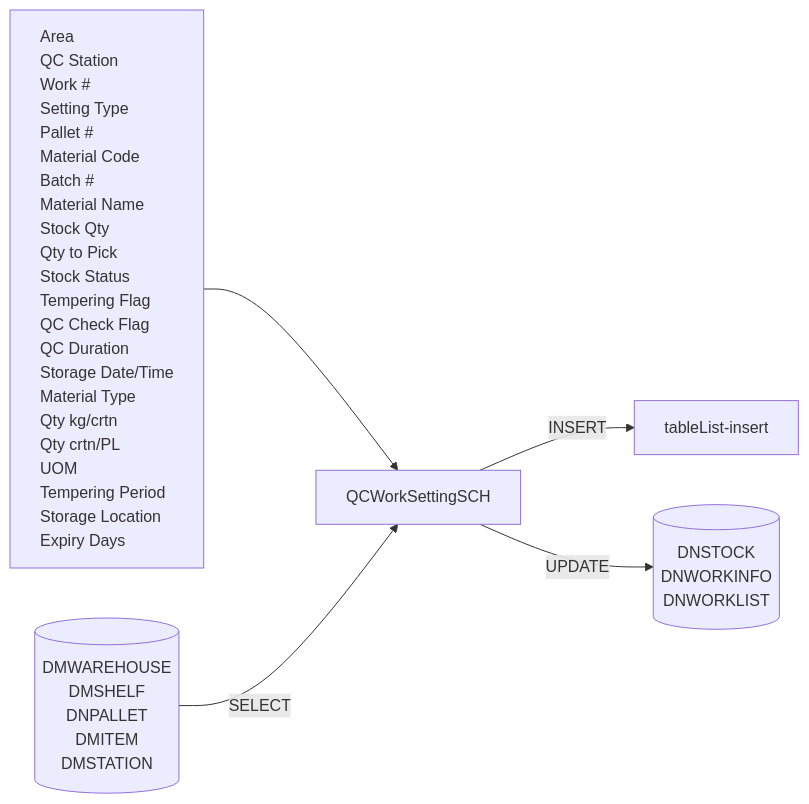
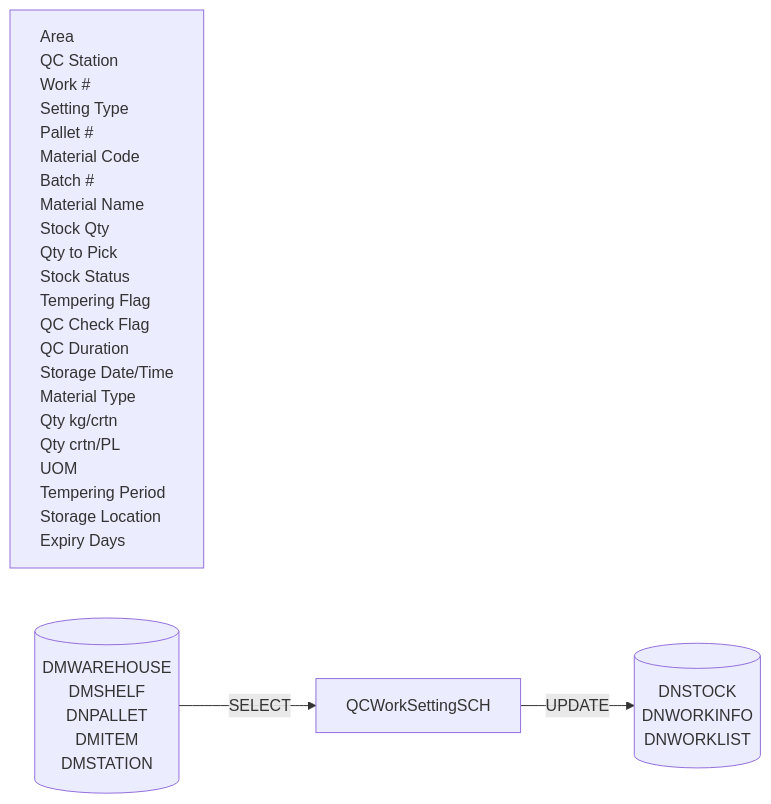
The fifth of 22 diagrams in Basic-Design/DFD-WMS/Retrieval/QC-Setting/QC-Work-from-Retrieval-for-QC-Start.md (luthfiadityaa/SimeDarby-Wiki), drawn with Mermaid before and after one commit.

Commit message:
Updated QC Work from Retrieval for QC Start

```diff
--- a/Basic-Design/DFD-WMS/Retrieval/QC-Setting/QC-Work-from-Retrieval-for-QC-Start.md
+++ b/Basic-Design/DFD-WMS/Retrieval/QC-Setting/QC-Work-from-Retrieval-for-QC-Start.md
@@ -128,50 +128,49 @@
 ::: mermaid
 flowchart LR
     input[
         Area
         QC Station
         Work #
         Setting Type               
         Pallet #
         Material Code
         Batch #
         Material Name
         Stock Qty
         Qty to Pick
         Stock Status
         Tempering Flag
         QC Check Flag
         QC Duration
         Storage Date/Time
         Material Type
         Qty kg/crtn
         Qty crtn/PL
         UOM
         Tempering Period
         Storage Location
         Expiry Days
     ]
 
      tableList-update[("
         DNSTOCK
         DNWORKINFO
         DNWORKLIST
     ")]
 
      tableList-select[("
         DMWAREHOUSE
         DMSHELF
         DNPALLET
         DMITEM
         DMSTATION
     ")]
 
     className[QCWorkSettingSCH]
 
-    input --> className --> |INSERT| tableList-insert
     tableList-select --> |SELECT| className
     className --> |UPDATE| tableList-update
 
     classDef leftAlign text-align:left;
     class input leftAlign;
 :::
```
